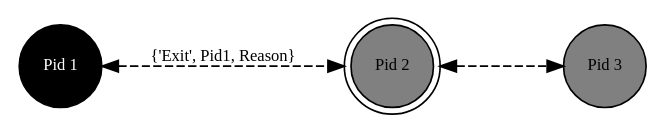
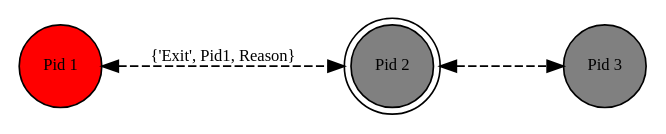
One commit to mtrsk/mtrsk.github.io changed the second of 3 diagrams in notes/20241001192402-error_handling_in_erlang.org. Above: the diagram before and after it, drawn with Graphviz. The commit also changed other lines of this file and 9 other files, not shown here.

Commit message:
notes: add graphviz-based images

```diff
--- a/notes/20241001192402-error_handling_in_erlang.org
+++ b/notes/20241001192402-error_handling_in_erlang.org
@@ -77,15 +77,15 @@
 #+BEGIN_SRC dot :file ../static/img/notes/erlang_error_trapping.png :cmdline -Kdot -Tpng :exports results
   digraph Trapping {
       node [shape=circle];
       rankdir="LR";
       sep = 1;
 
-      pid1 [label="Pid 1", fontsize="10pt", style=filled, fontcolor=white; fillcolor=black];
+      pid1 [label="Pid 1", fontsize="10pt", style=filled, fillcolor=red];
       pid2 [label="Pid 2", fontsize="10pt", style=filled, fillcolor=grey; shape=doublecircle];
       pid3 [label="Pid 3", fontsize="10pt", style=filled, fillcolor=grey];
 
 
       pid1 -> pid2 [label="{'Exit', Pid1, Reason}", dir=both, fontsize="10pt", minlen=1, style=dashed];
       pid2 -> pid3 [dir=both, fontsize="10pt", minlen=2, style=dashed];
   }
 #+END_SRC
```
